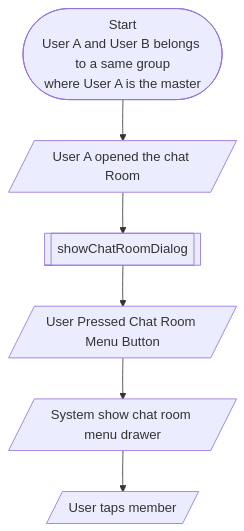
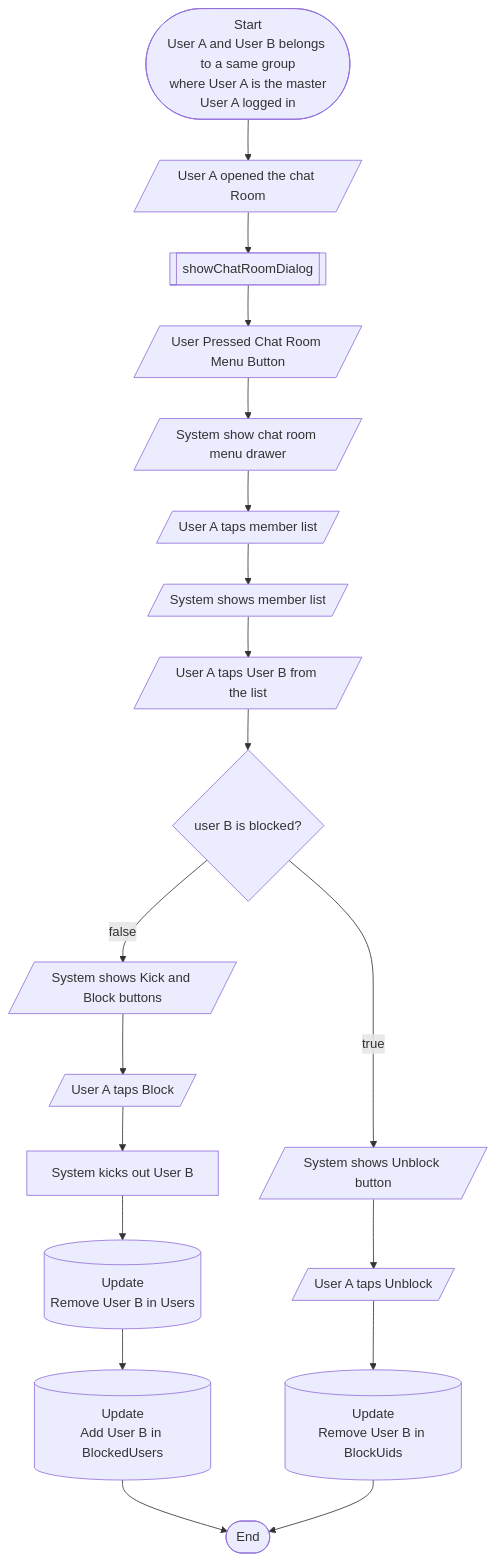
The fourth of 4 diagrams in easychat/README.md (thruthesky/easy_packages), drawn with Mermaid before and after one commit.

Commit message:
easy chat diagram

````diff
--- a/easychat/README.md
+++ b/easychat/README.md
@@ -388,11 +388,24 @@
 ```mermaid
 flowchart TD
-  start([Start\nUser A and User B belongs to a same group\nwhere User A is the master])
+  start([Start\nUser A and User B belongs to a same group\nwhere User A is the master\nUser A logged in])
   --> openChatRoom[/User A opened the chat Room/]
   --> openMenu[[showChatRoomDialog]]
   --> userOpenMenu[/User Pressed Chat Room Menu Button/]
   --> systemShowMenu[/System show chat room menu drawer/]
-  --> userTapsMember[/User taps member /]
-  
+  --> userTapsMemberList[/User A taps member list/]
+  --> systemShowsMemberList[/System shows member list/]
+  --> masterTapsUser[/User A taps User B from the list/]
+  --> isBlocked{user B is blocked?}
+  --false--> systemShowsKickAndBlock[/System shows Kick and Block buttons/]
+  --> masterTapsBlock[/User A taps Block/]
+  --> systemKickMember[System kicks out User B]
+  --> systemRemoveUserB[(Update\nRemove User B in Users)]
+  --> systemAddsInBlock[(Update\nAdd User B in BlockedUsers)]
+  --> final
+
+  isBlocked--true--> systemShowsUnblock[/System shows Unblock button/]
+  --> masterTapsUnblock[/User A taps Unblock/]
+  --> systemRemoveUserBInBlock[(Update\nRemove User B in BlockUids)]
+  --> final([End])
 
 ```
````
